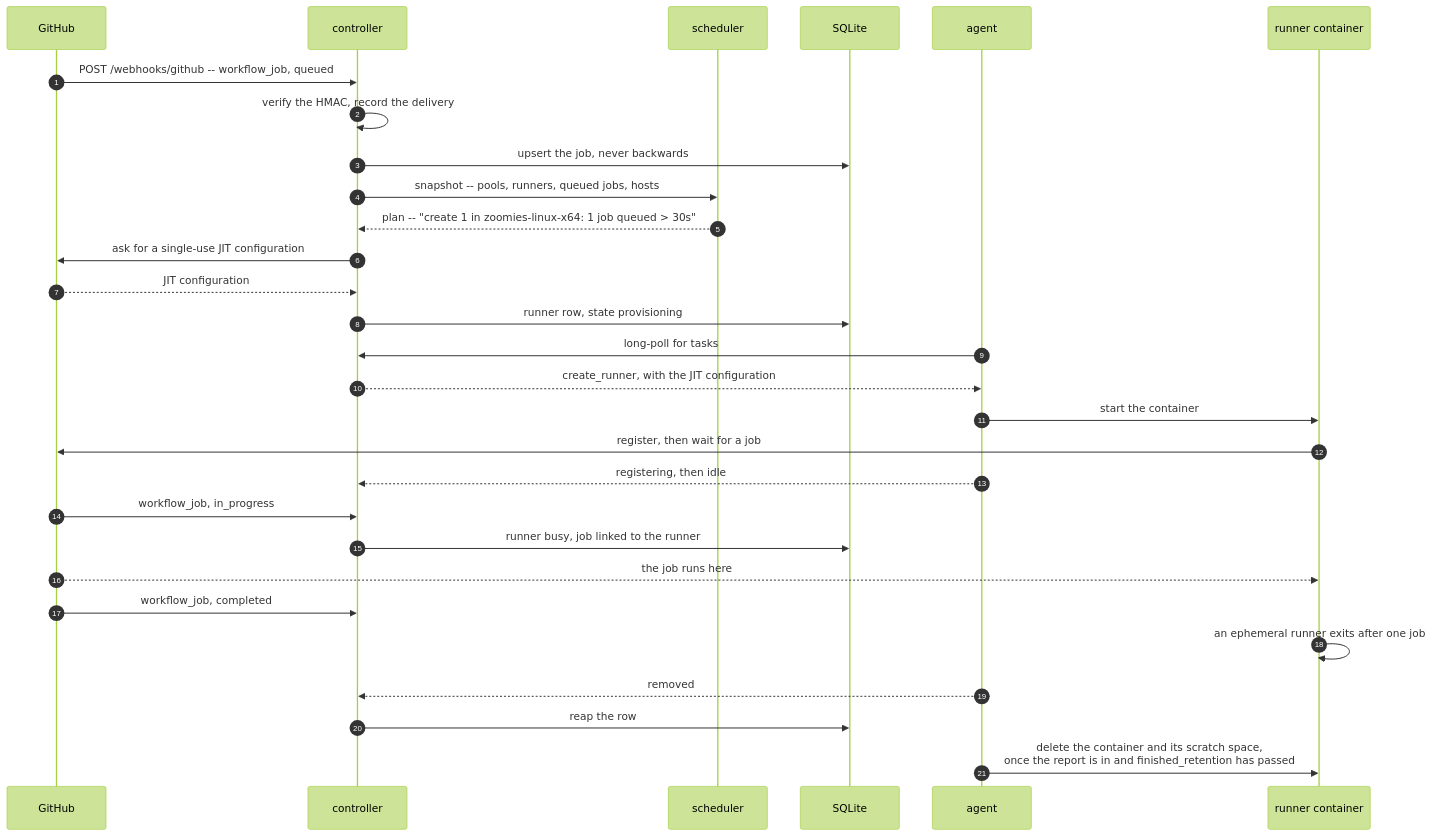
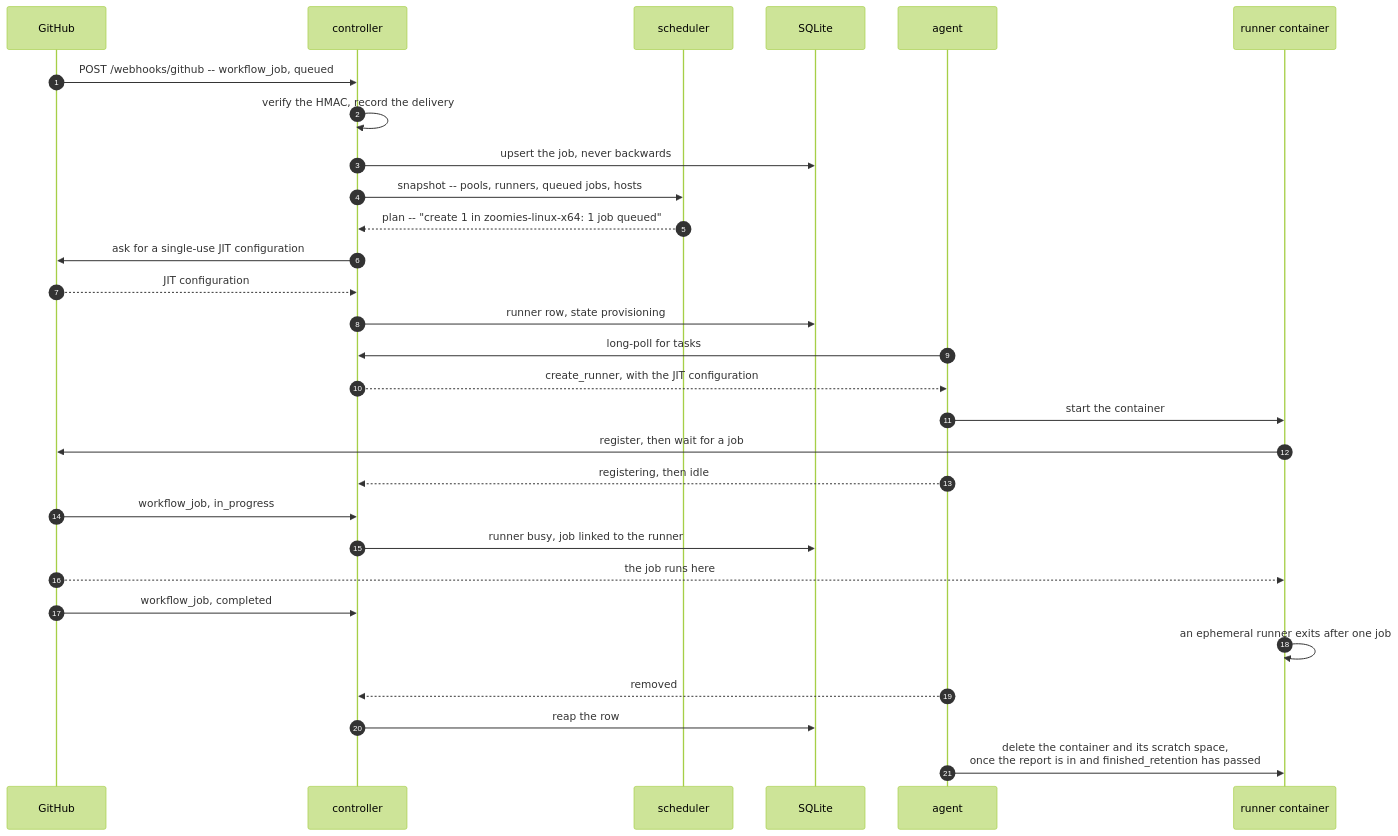
One commit to eyupio/zoomies changed the second of 5 diagrams in docs/architecture.md. Above: the diagram before and after it, drawn with Mermaid (forest theme). The commit also changed 7 other files, not shown here.

````diff
--- a/docs/architecture.md
+++ b/docs/architecture.md
@@ -71,32 +71,32 @@
 ```mermaid
 sequenceDiagram
     autonumber
     participant GH as GitHub
     participant C as controller
     participant S as scheduler
     participant DB as SQLite
     participant A as agent
     participant R as runner container
 
     GH->>C: POST /webhooks/github -- workflow_job, queued
     C->>C: verify the HMAC, record the delivery
     C->>DB: upsert the job, never backwards
     C->>S: snapshot -- pools, runners, queued jobs, hosts
-    S-->>C: plan -- "create 1 in zoomies-linux-x64: 1 job queued > 30s"
+    S-->>C: plan -- "create 1 in zoomies-linux-x64: 1 job queued"
     C->>GH: ask for a single-use JIT configuration
     GH-->>C: JIT configuration
     C->>DB: runner row, state provisioning
     A->>C: long-poll for tasks
     C-->>A: create_runner, with the JIT configuration
     A->>R: start the container
     R->>GH: register, then wait for a job
     A-->>C: registering, then idle
     GH->>C: workflow_job, in_progress
     C->>DB: runner busy, job linked to the runner
     GH-->>R: the job runs here
     GH->>C: workflow_job, completed
     R->>R: an ephemeral runner exits after one job
     A-->>C: removed
     C->>DB: reap the row
     A->>R: delete the container and its scratch space,<br/>once the report is in and finished_retention has passed
 ```
````
